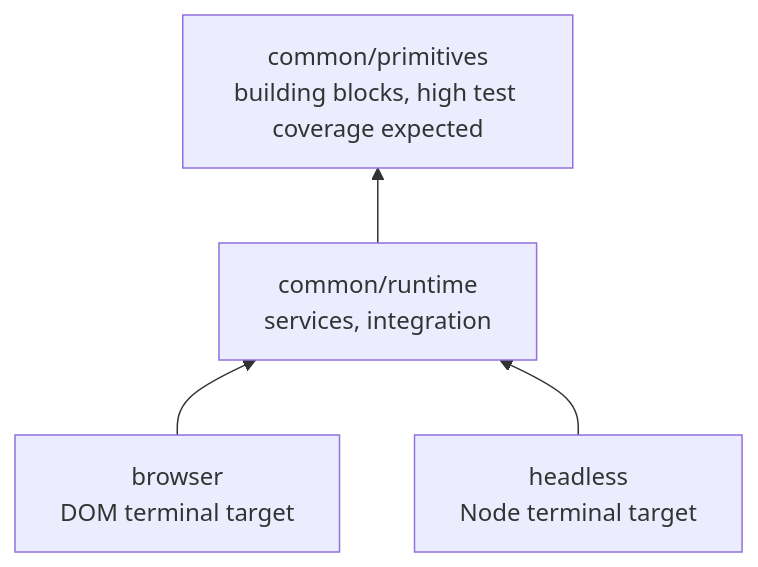
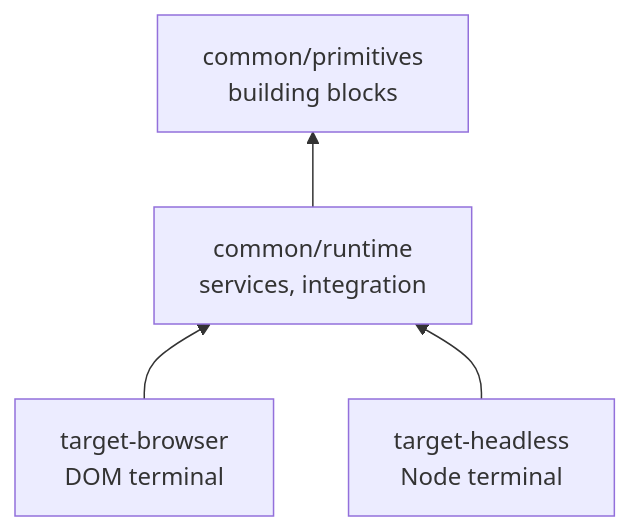
One commit to xtermjs/xterm.js changed the diagram in src/ARCHITECTURE.md. Above: the diagram before and after it, drawn with Mermaid. The commit also changed other lines of this file and 240 other files, not shown here.

First line of the commit message:
Full common split: composite tsconfigs and target-* modules

````diff
--- a/src/ARCHITECTURE.md
+++ b/src/ARCHITECTURE.md
@@ -7,11 +7,11 @@
 ```mermaid
 flowchart BT
-  primitives["common/primitives<br/>building blocks, high test coverage expected"]
+  primitives["common/primitives<br/>building blocks"]
   runtime["common/runtime<br/>services, integration"]
-  browser["browser<br/>DOM terminal target"]
-  headless["headless<br/>Node terminal target"]
+  targetBrowser["target-browser<br/>DOM terminal"]
+  targetHeadless["target-headless<br/>Node terminal"]
 
   runtime --> primitives
-  browser --> runtime
-  headless --> runtime
+  targetBrowser --> runtime
+  targetHeadless --> runtime
 ```
````
